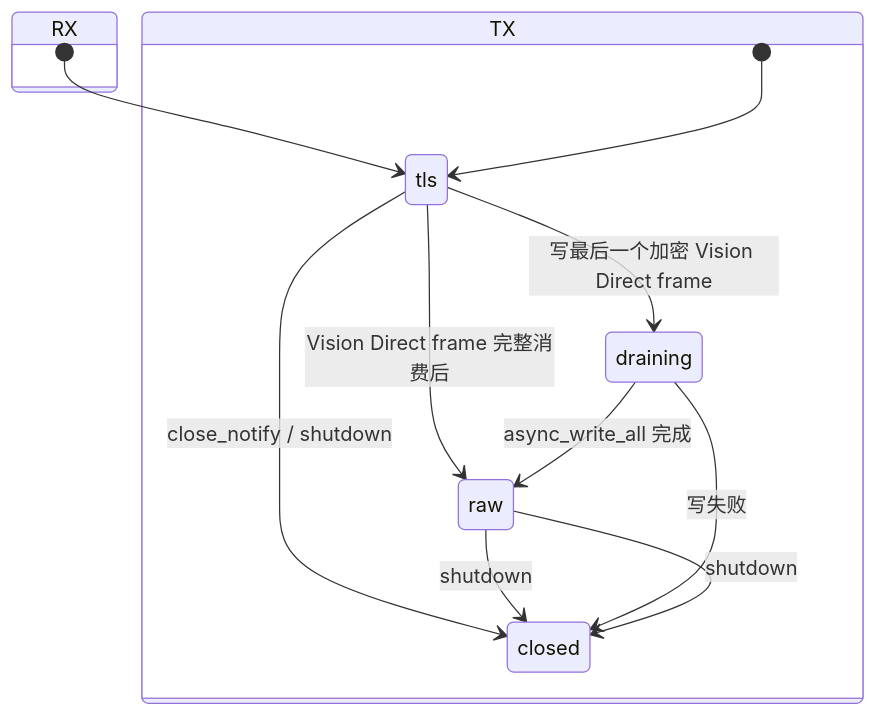
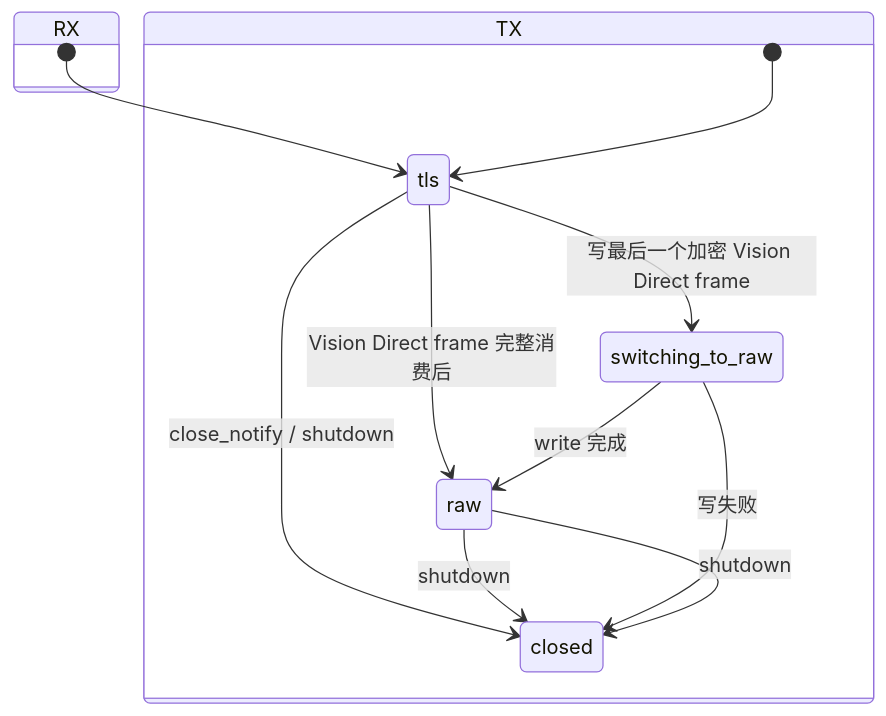
Before and after one commit to gyl30/reality_vision: the second of 2 diagrams in docs/ARCHITECTURE.md, drawn with Mermaid. The commit also changed other lines of this file and 30 other files, not shown here.

````diff
--- a/docs/ARCHITECTURE.md
+++ b/docs/ARCHITECTURE.md
@@ -77,16 +77,16 @@
 ```mermaid
 stateDiagram-v2
     state RX {
         [*] --> tls
         tls --> raw: Vision Direct frame 完整消费后
         tls --> closed: close_notify / shutdown
         raw --> closed: shutdown
     }
     state TX {
         [*] --> tls
-        tls --> draining: 写最后一个加密 Vision Direct frame
-        draining --> raw: async_write_all 完成
-        draining --> closed: 写失败
+        tls --> switching_to_raw: 写最后一个加密 Vision Direct frame
+        switching_to_raw --> raw: write 完成
+        switching_to_raw --> closed: 写失败
         raw --> closed: shutdown
     }
 ```
````
